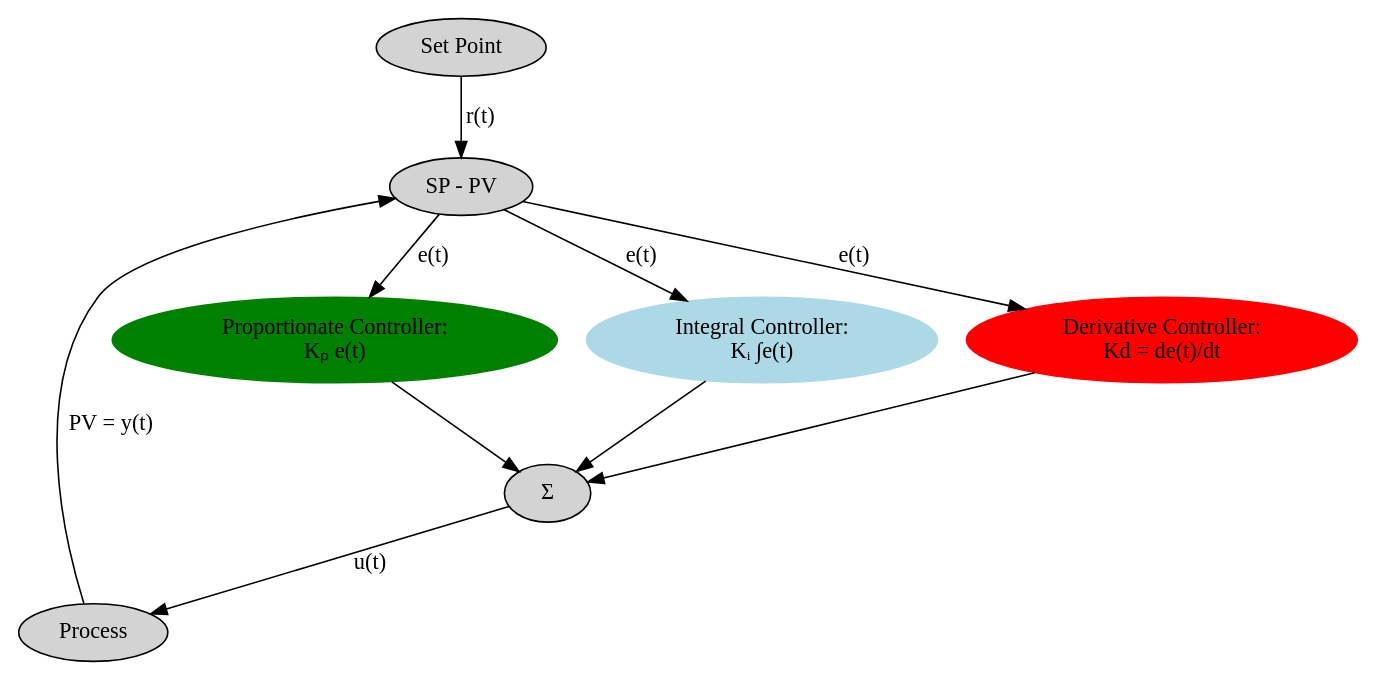
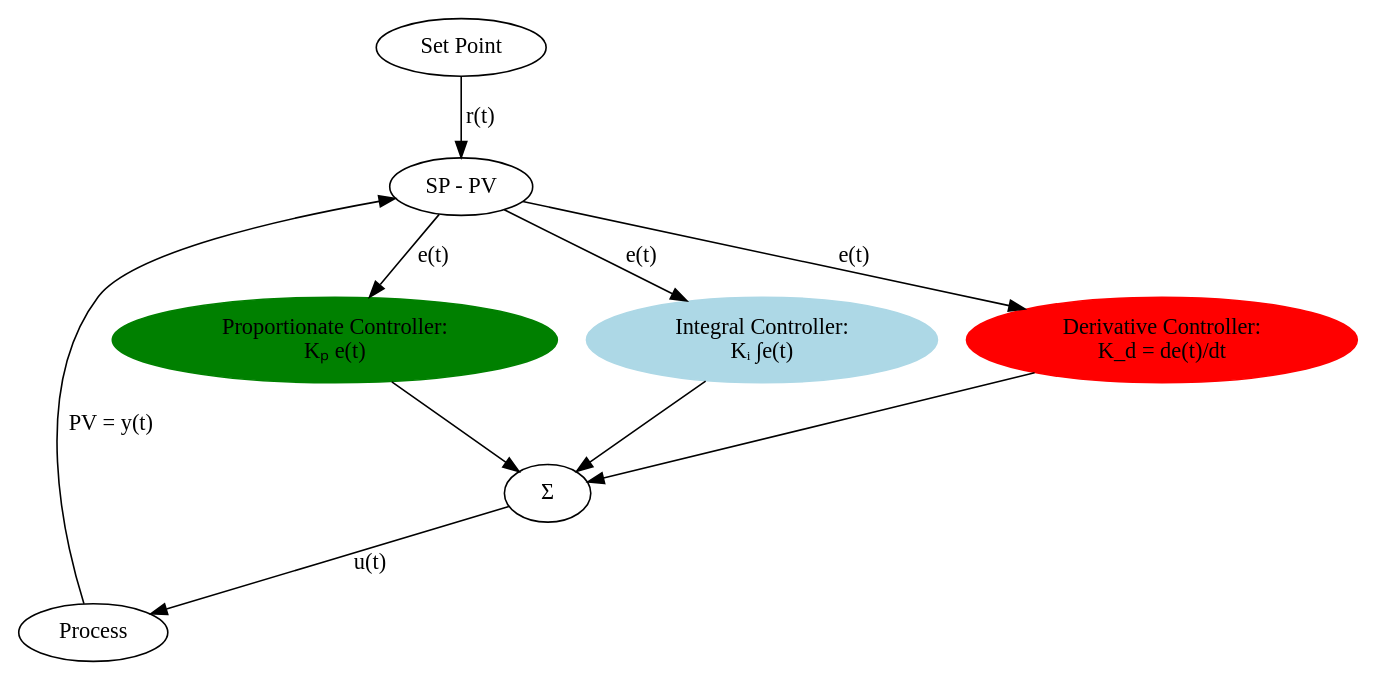
The diagram in pid-dotfiles/pid-controller.dot (brain-fuel-co/feedback), drawn with Graphviz before and after one commit. The commit also changed 8 other files, not shown here.

```diff
--- a/pid-dotfiles/pid-controller.dot
+++ b/pid-dotfiles/pid-controller.dot
@@ -1,20 +1,19 @@
 digraph PID {
-    node [style=filled];
     SP [label="Set Point"];
     PR [label="Process"];
     S1 [label="SP - PV"];
-    P  [color=green,label="Proportionate Controller:\nKₚ e(t)"];
-    I  [color=lightblue,label="Integral Controller:\nKᵢ ∫e(t)"];
-    D  [color=red,label="Derivative Controller:\nKd = de(t)/dt"];
+    P  [style=filled,color=green,label="Proportionate Controller:\nKₚ e(t)"];
+    I  [style=filled,color=lightblue,label="Integral Controller:\nKᵢ ∫e(t)"];
+    D  [style=filled,color=red,label="Derivative Controller:\nK_d = de(t)/dt"];
     S2 [label="Σ"];
 
     SP -> S1 [label="r(t)"];
     PR -> S1 [label="PV = y(t)"];
     S1 -> P  [label="e(t)"];
     S1 -> I  [label="e(t)"];
     S1 -> D  [label="e(t)"];
     P  -> S2;
     I  -> S2;
     D  -> S2;
     S2 -> PR [label="u(t)"];
 }
```
